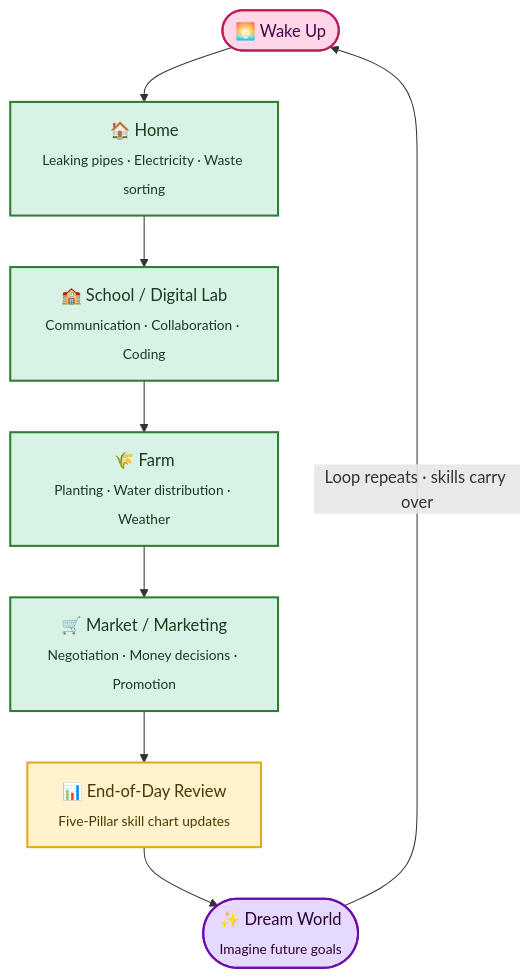
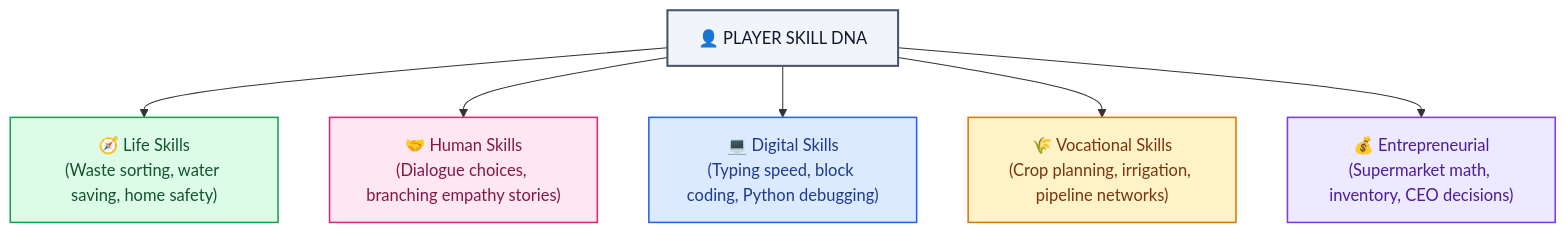
Before and after one commit to Samridh-Sethi29/IEEE_GamifiedLearning: the second of 4 diagrams in README.md, drawn with Mermaid. The commit also changed other lines of this file, not shown here.

````diff
--- a/README.md
+++ b/README.md
@@ -115,18 +177,16 @@
 ```mermaid
 flowchart TD
-    A(["🌅 Wake Up"]) --> B["🏠 Home<br/><sub>Leaking pipes · Electricity · Waste sorting</sub>"]
-    B --> C["🏫 School / Digital Lab<br/><sub>Communication · Collaboration · Coding</sub>"]
-    C --> D["🌾 Farm<br/><sub>Planting · Water distribution · Weather</sub>"]
-    D --> E["🛒 Market / Marketing<br/><sub>Negotiation · Money decisions · Promotion</sub>"]
-    E --> F["📊 End-of-Day Review<br/><sub>Five-Pillar skill chart updates</sub>"]
-    F --> G(["✨ Dream World<br/><sub>Imagine future goals</sub>"])
-    G -->|Loop repeats · skills carry over| A
+    P["👤 PLAYER SKILL DNA"]
+    P --> L["🧭 Life Skills\n(Waste sorting, water saving, home safety)"]
+    P --> H["🤝 Human Skills\n(Dialogue choices, branching empathy stories)"]
+    P --> D["💻 Digital Skills\n(Typing speed, block coding, Python debugging)"]
+    P --> V["🌾 Vocational Skills\n(Crop planning, irrigation, pipeline networks)"]
+    P --> E["💰 Entrepreneurial\n(Supermarket math, inventory, CEO decisions)"]
 
-    style A fill:#ffd6e8,stroke:#c2185b,stroke-width:2px,color:#4a004a
-    style B fill:#d9f2e6,stroke:#2e7d32,stroke-width:2px,color:#1b3a1f
-    style C fill:#d9f2e6,stroke:#2e7d32,stroke-width:2px,color:#1b3a1f
-    style D fill:#d9f2e6,stroke:#2e7d32,stroke-width:2px,color:#1b3a1f
-    style E fill:#d9f2e6,stroke:#2e7d32,stroke-width:2px,color:#1b3a1f
-    style F fill:#fff3cd,stroke:#e6a817,stroke-width:2px,color:#4a3800
-    style G fill:#e6d9ff,stroke:#6a0dad,stroke-width:2px,color:#2a0033
+    style P fill:#f1f5f9,stroke:#475569,stroke-width:2px,color:#0f172a
+    style L fill:#dcfce7,stroke:#16a34a,stroke-width:1.5px,color:#14532d
+    style H fill:#fce7f3,stroke:#db2777,stroke-width:1.5px,color:#831843
+    style D fill:#dbeafe,stroke:#2563eb,stroke-width:1.5px,color:#1e3a8a
+    style V fill:#fef3c7,stroke:#d97706,stroke-width:1.5px,color:#78350f
+    style E fill:#ede9fe,stroke:#7c3aed,stroke-width:1.5px,color:#4c1d95
 ```
````
